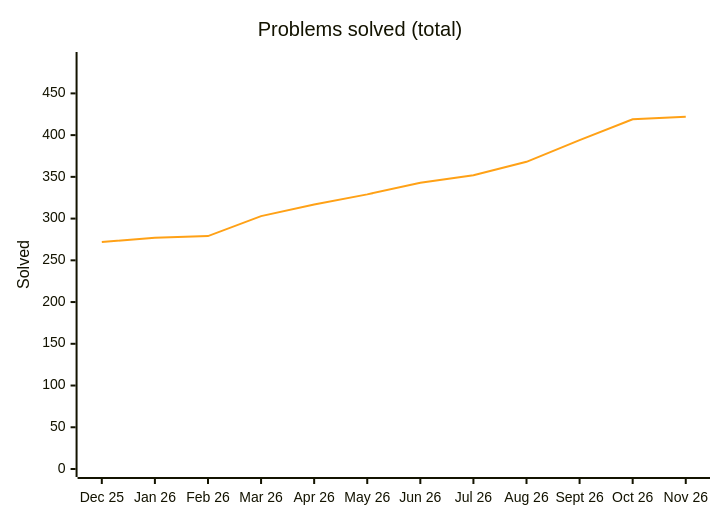
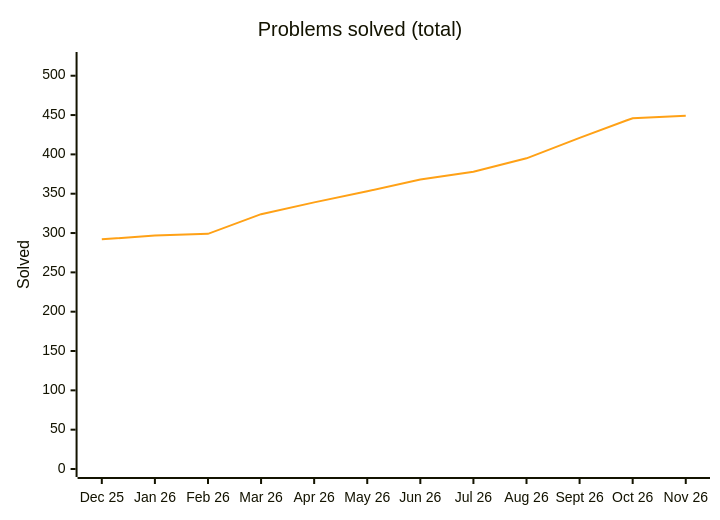
The diagram in README.md (Ved-u/Java-DSA), drawn with Mermaid before and after one commit. The commit also changed other lines of this file and 31 other files, not shown here.

````diff
--- a/README.md
+++ b/README.md
@@ -53,8 +53,8 @@
 ```mermaid
 %%{init: {"themeVariables": {"xyChart": {"plotColorPalette": "#ffa116"}}}}%%
 xychart-beta
     title "Problems solved (total)"
     x-axis ["Dec 25", "Jan 26", "Feb 26", "Mar 26", "Apr 26", "May 26", "Jun 26", "Jul 26", "Aug 26", "Sept 26", "Oct 26", "Nov 26"]
-    y-axis "Solved" 0 --> 490
-    line [272, 277, 279, 303, 317, 329, 343, 352, 368, 394, 419, 422]
+    y-axis "Solved" 0 --> 520
+    line [292, 297, 299, 324, 339, 353, 368, 378, 395, 421, 446, 449]
 ```
````
